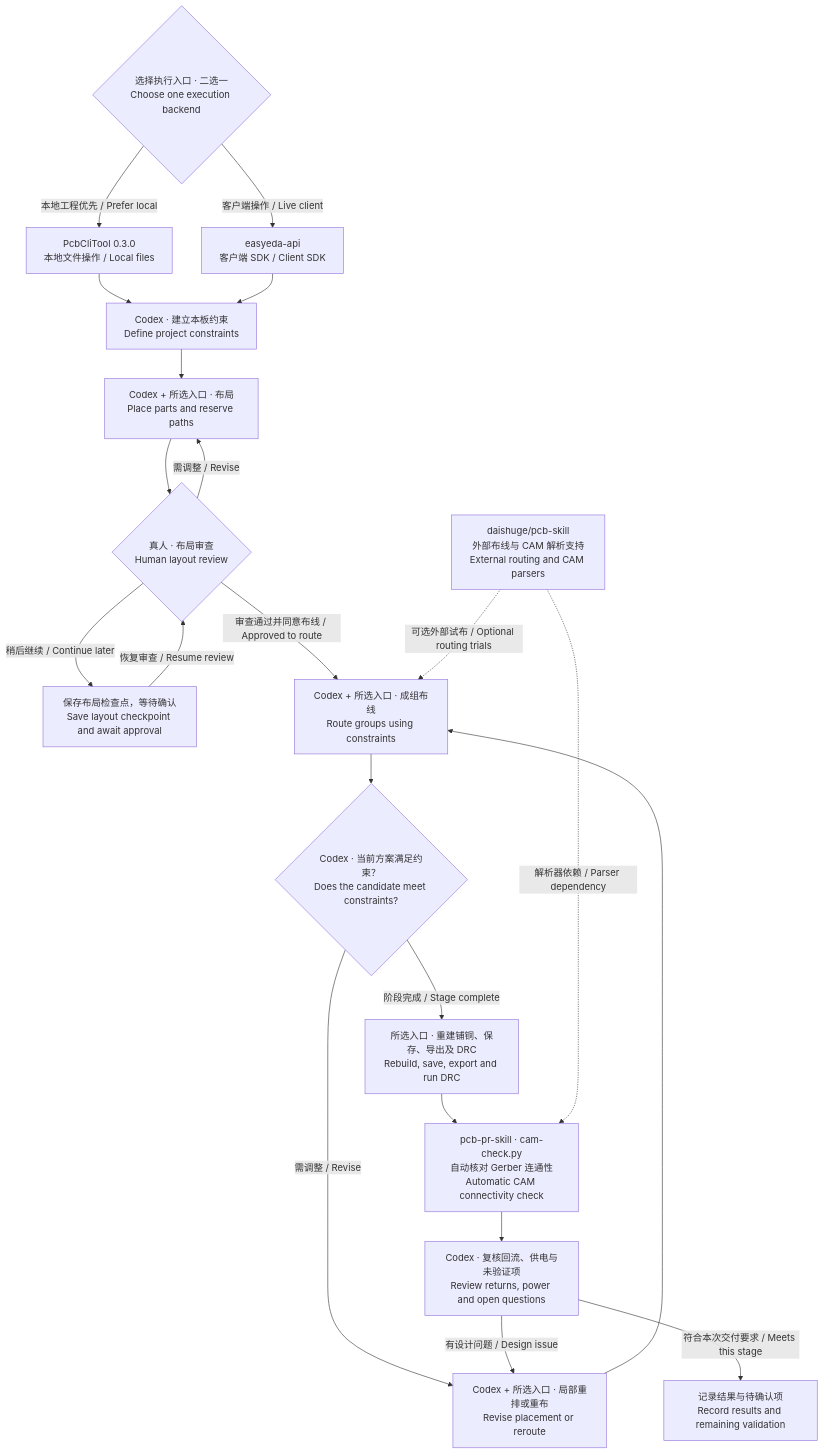
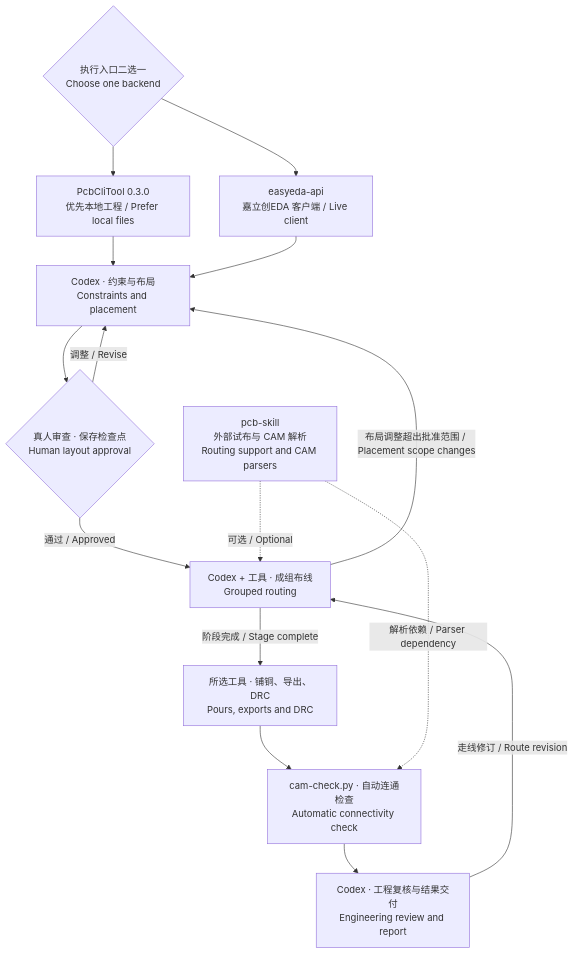
Before and after one commit to sanityARO/pcb-pr-skill: the diagram in README.md, drawn with Mermaid. The commit also changed other lines of this file and 5 other files, not shown here.

First line of the commit message:
Integrate human layout approval and rebuild README around routing examples

````diff
--- a/README.md
+++ b/README.md
@@ -41,25 +42,19 @@
 ```mermaid
 flowchart TD
-    T{"选择执行入口 · 二选一<br/>Choose one execution backend"}
-    T -- "本地工程优先 / Prefer local" --> P["PcbCliTool 0.3.0<br/>本地文件操作 / Local files"]
-    T -- "客户端操作 / Live client" --> Q["easyeda-api<br/>客户端 SDK / Client SDK"]
-    P --> A["Codex · 建立本板约束<br/>Define project constraints"]
+    T{"执行入口二选一<br/>Choose one backend"}
+    T --> P["PcbCliTool 0.3.0<br/>优先本地工程 / Prefer local files"]
+    T --> Q["easyeda-api<br/>嘉立创EDA 客户端 / Live client"]
+    P --> A["Codex · 约束与布局<br/>Constraints and placement"]
     Q --> A
-    A --> B["Codex + 所选入口 · 布局<br/>Place parts and reserve paths"]
-    B --> V{"真人 · 布局审查<br/>Human layout review"}
-    V -- "需调整 / Revise" --> B
-    V -- "稍后继续 / Continue later" --> W["保存布局检查点，等待确认<br/>Save layout checkpoint and await approval"]
-    W -- "恢复审查 / Resume review" --> V
-    V -- "审查通过并同意布线 / Approved to route" --> C["Codex + 所选入口 · 成组布线<br/>Route groups using constraints"]
-    U["daishuge/pcb-skill<br/>外部布线与 CAM 解析支持<br/>External routing and CAM parsers"]
-    U -. "可选外部试布 / Optional routing trials" .-> C
-    C --> D{"Codex · 当前方案满足约束？<br/>Does the candidate meet constraints?"}
-    D -- "需调整 / Revise" --> R["Codex + 所选入口 · 局部重排或重布<br/>Revise placement or reroute"]
-    R --> C
-    D -- "阶段完成 / Stage complete" --> E["所选入口 · 重建铺铜、保存、导出及 DRC<br/>Rebuild, save, export and run DRC"]
-    E --> F["pcb-pr-skill · cam-check.py<br/>自动核对 Gerber 连通性<br/>Automatic CAM connectivity check"]
-    U -. "解析器依赖 / Parser dependency" .-> F
-    F --> G["Codex · 复核回流、供电与未验证项<br/>Review returns, power and open questions"]
-    G -- "有设计问题 / Design issue" --> R
-    G -- "符合本次交付要求 / Meets this stage" --> H["记录结果与待确认项<br/>Record results and remaining validation"]
+    A --> H{"真人审查 · 保存检查点<br/>Human layout approval"}
+    H -- "调整 / Revise" --> A
+    H -- "通过 / Approved" --> R["Codex + 工具 · 成组布线<br/>Grouped routing"]
+    R -- "布局调整超出批准范围 / Placement scope changes" --> A
+    U["pcb-skill<br/>外部试布与 CAM 解析<br/>Routing support and CAM parsers"]
+    U -. "可选 / Optional" .-> R
+    R -- "阶段完成 / Stage complete" --> E["所选工具 · 铺铜、导出、DRC<br/>Pours, exports and DRC"]
+    E --> C["cam-check.py · 自动连通检查<br/>Automatic connectivity check"]
+    U -. "解析依赖 / Parser dependency" .-> C
+    C --> V["Codex · 工程复核与结果交付<br/>Engineering review and report"]
+    V -- "走线修订 / Route revision" --> R
 ```
````
